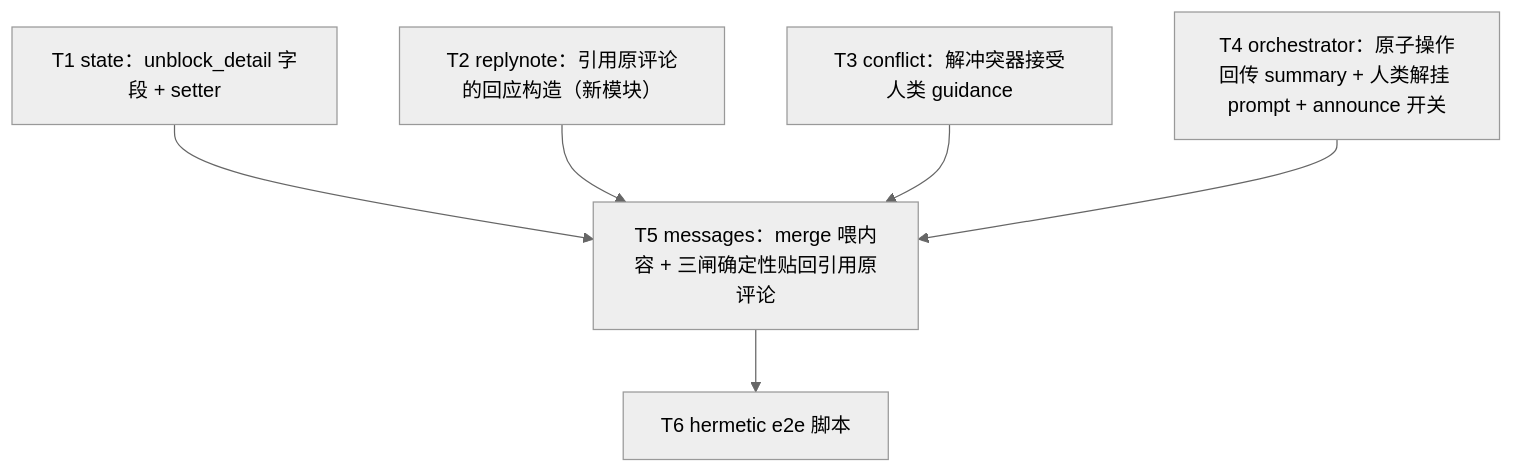
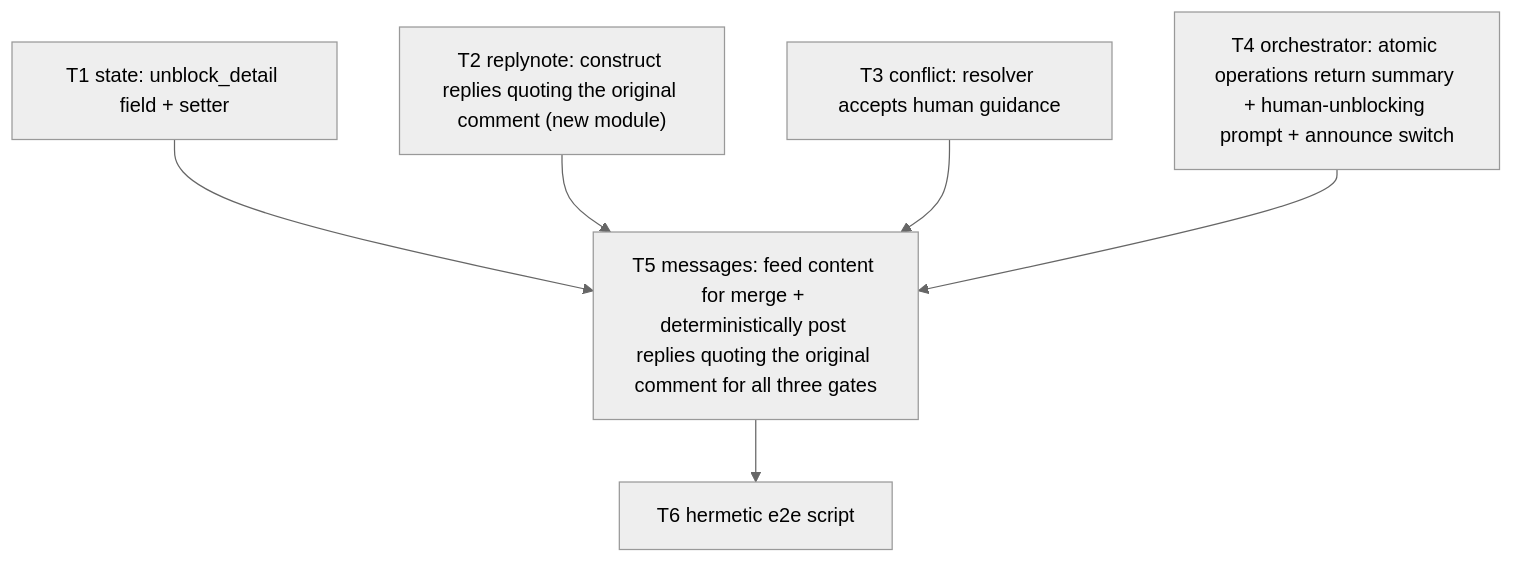
Before and after one commit to Curry09/OpenAgents: the diagram in docs/specs/0036-unblock-comment-read-and-reply.md, drawn with Mermaid (neutral theme). The commit also changed other lines of this file and 461 other files, not shown here.

````diff
--- a/docs/specs/0036-unblock-comment-read-and-reply.md
+++ b/docs/specs/0036-unblock-comment-read-and-reply.md
@@ -304,14 +304,14 @@
 ```mermaid
 graph TD
-  T1["T1 state：unblock_detail 字段 + setter"]
-  T2["T2 replynote：引用原评论的回应构造（新模块）"]
-  T3["T3 conflict：解冲突器接受人类 guidance"]
-  T4["T4 orchestrator：原子操作回传 summary + 人类解挂 prompt + announce 开关"]
-  T5["T5 messages：merge 喂内容 + 三闸确定性贴回引用原评论"]
-  T6["T6 hermetic e2e 脚本"]
+  T1["T1 state: unblock_detail field + setter"]
+  T2["T2 replynote: construct replies quoting the original comment (new module)"]
+  T3["T3 conflict: resolver accepts human guidance"]
+  T4["T4 orchestrator: atomic operations return summary + human-unblocking prompt + announce switch"]
+  T5["T5 messages: feed content for merge + deterministically post replies quoting the original comment for all three gates"]
+  T6["T6 hermetic e2e script"]
   T1 --> T5
   T2 --> T5
   T3 --> T5
   T4 --> T5
   T5 --> T6
 ```
````
